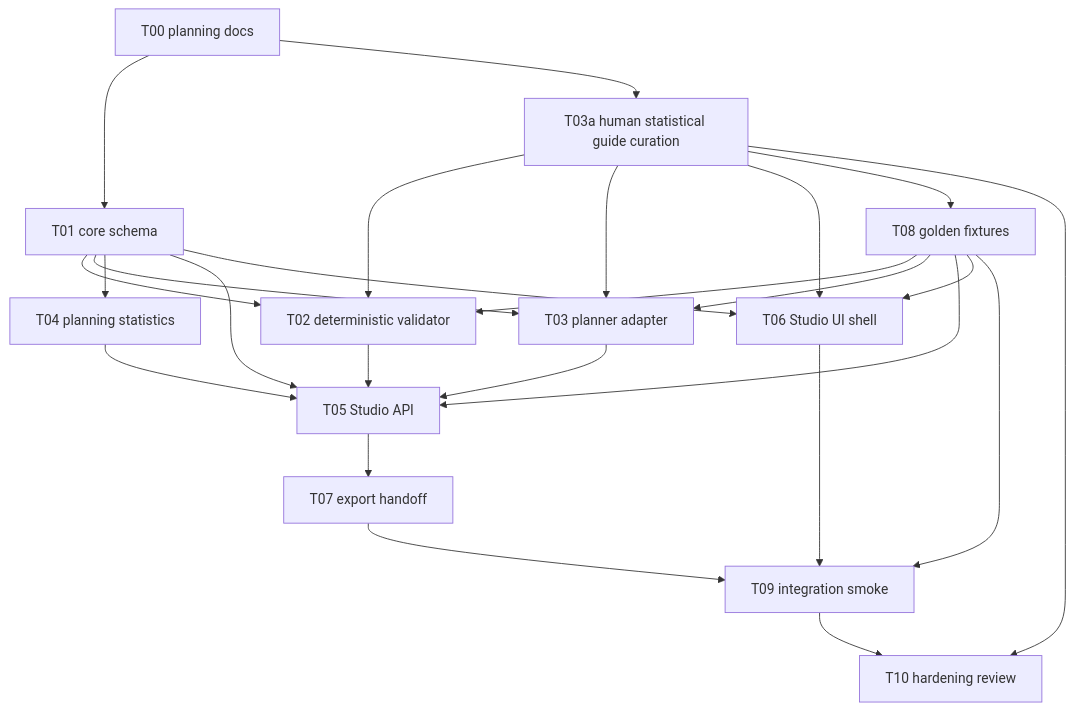
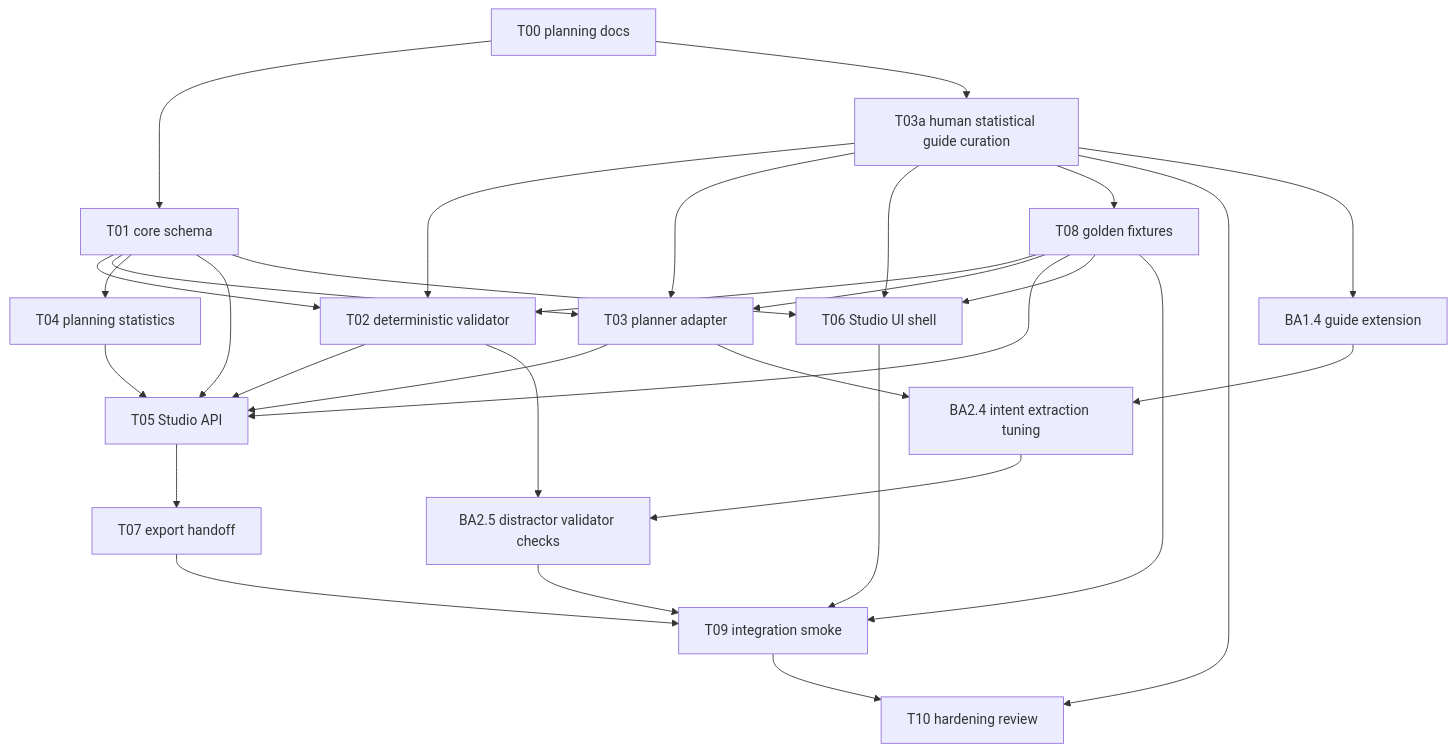
The diagram in docs_benchmark_advisor/planning/TASK_GRAPH.md (ITMO-NSS-team/DynamicMCPBench), drawn with Mermaid before and after one commit. The commit also changed other lines of this file and 15 other files, not shown here.

Commit message:
Improve advisor intent extraction planning

````diff
--- a/docs_benchmark_advisor/planning/TASK_GRAPH.md
+++ b/docs_benchmark_advisor/planning/TASK_GRAPH.md
@@ -9,40 +9,49 @@
 ```mermaid
 graph TD
   T00["T00 planning docs"]
   T01["T01 core schema"]
   T02["T02 deterministic validator"]
   T03A["T03a human statistical guide curation"]
   T03["T03 planner adapter"]
   T04["T04 planning statistics"]
   T05["T05 Studio API"]
   T06["T06 Studio UI shell"]
   T07["T07 export handoff"]
   T08["T08 golden fixtures"]
   T09["T09 integration smoke"]
   T10["T10 hardening review"]
+  BA14["BA1.4 guide extension"]
+  BA24["BA2.4 intent extraction tuning"]
+  BA25["BA2.5 distractor validator checks"]
 
   T00 --> T01
   T00 --> T03A
   T01 --> T02
   T01 --> T03
   T01 --> T04
   T01 --> T05
   T01 --> T06
   T03A --> T02
   T03A --> T03
   T03A --> T06
   T03A --> T08
   T08 --> T02
   T08 --> T03
   T08 --> T05
   T08 --> T06
   T02 --> T05
   T03 --> T05
   T04 --> T05
   T05 --> T07
   T06 --> T09
   T07 --> T09
   T08 --> T09
   T03A --> T10
   T09 --> T10
+  T03A --> BA14
+  BA14 --> BA24
+  T03 --> BA24
+  T02 --> BA25
+  BA24 --> BA25
+  BA25 --> T09
 ```
````
